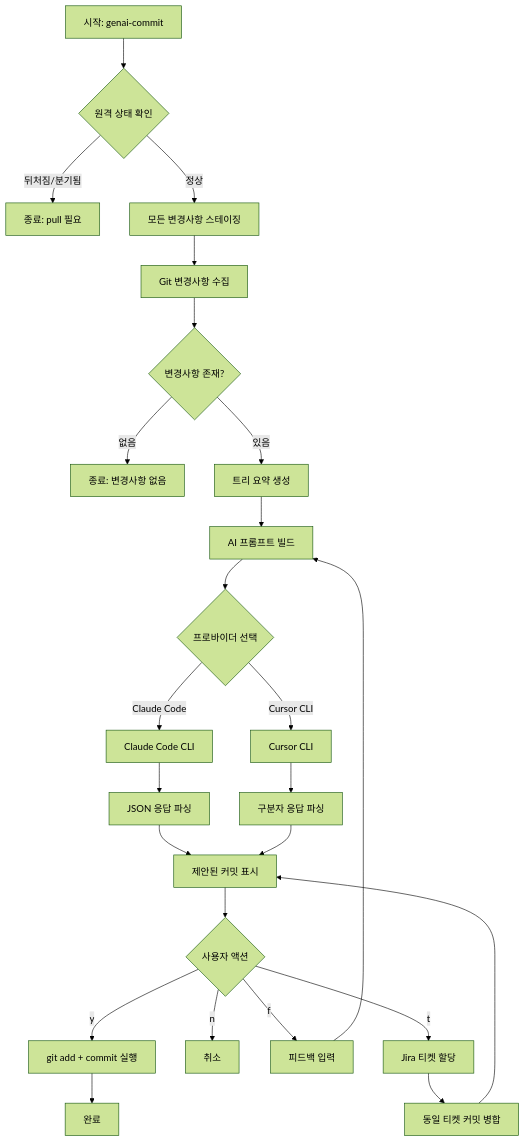
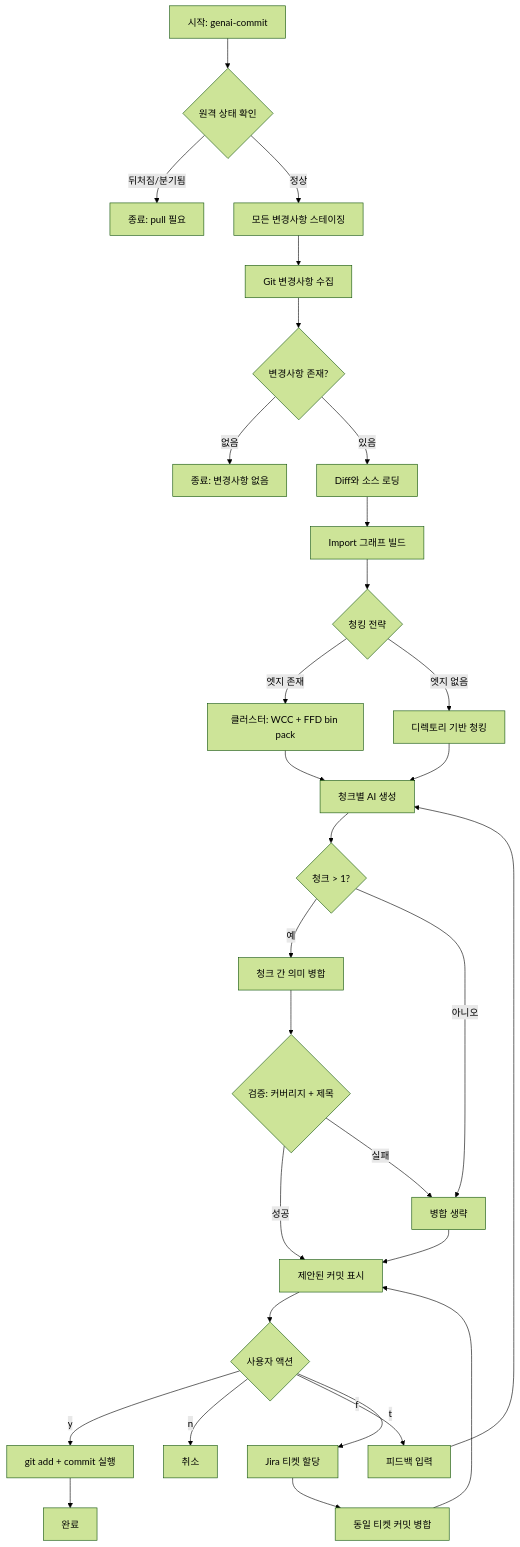
Before and after one commit to Seungwoo321/genai-commit: the diagram in README.ko.md, drawn with Mermaid (forest theme). The commit also changed other lines of this file and 19 other files, not shown here.

````diff
--- a/README.ko.md
+++ b/README.ko.md
@@ -38,27 +40,32 @@
 ```mermaid
 flowchart TD
     A[시작: genai-commit] --> A1{원격 상태 확인}
     A1 -->|뒤처짐/분기됨| A2[종료: pull 필요]
     A1 -->|정상| A3[모든 변경사항 스테이징]
     A3 --> B[Git 변경사항 수집]
     B --> C{변경사항 존재?}
     C -->|없음| D[종료: 변경사항 없음]
-    C -->|있음| E[트리 요약 생성]
-    E --> F[AI 프롬프트 빌드]
-    F --> G{프로바이더 선택}
-    G -->|Claude Code| H[Claude Code CLI]
-    G -->|Cursor CLI| I[Cursor CLI]
-    H --> J[JSON 응답 파싱]
-    I --> K[구분자 응답 파싱]
-    J --> L[제안된 커밋 표시]
+    C -->|있음| E[Diff와 소스 로딩]
+    E --> F[Import 그래프 빌드]
+    F --> G{청킹 전략}
+    G -->|엣지 존재| G1[클러스터: WCC + FFD bin pack]
+    G -->|엣지 없음| G2[디렉토리 기반 청킹]
+    G1 --> H[청크별 AI 생성]
+    G2 --> H
+    H --> I{청크 &gt; 1?}
+    I -->|예| J[청크 간 의미 병합]
+    I -->|아니오| K[병합 생략]
+    J --> J1{검증: 커버리지 + 제목}
+    J1 -->|성공| L[제안된 커밋 표시]
+    J1 -->|실패| K
     K --> L
     L --> M{사용자 액션}
     M -->|y| N[git add + commit 실행]
     M -->|n| O[취소]
     M -->|f| P[피드백 입력]
     M -->|t| Q[Jira 티켓 할당]
-    P --> F
+    P --> H
     Q --> R[동일 티켓 커밋 병합]
     R --> L
     N --> S[완료]
 ```
````
